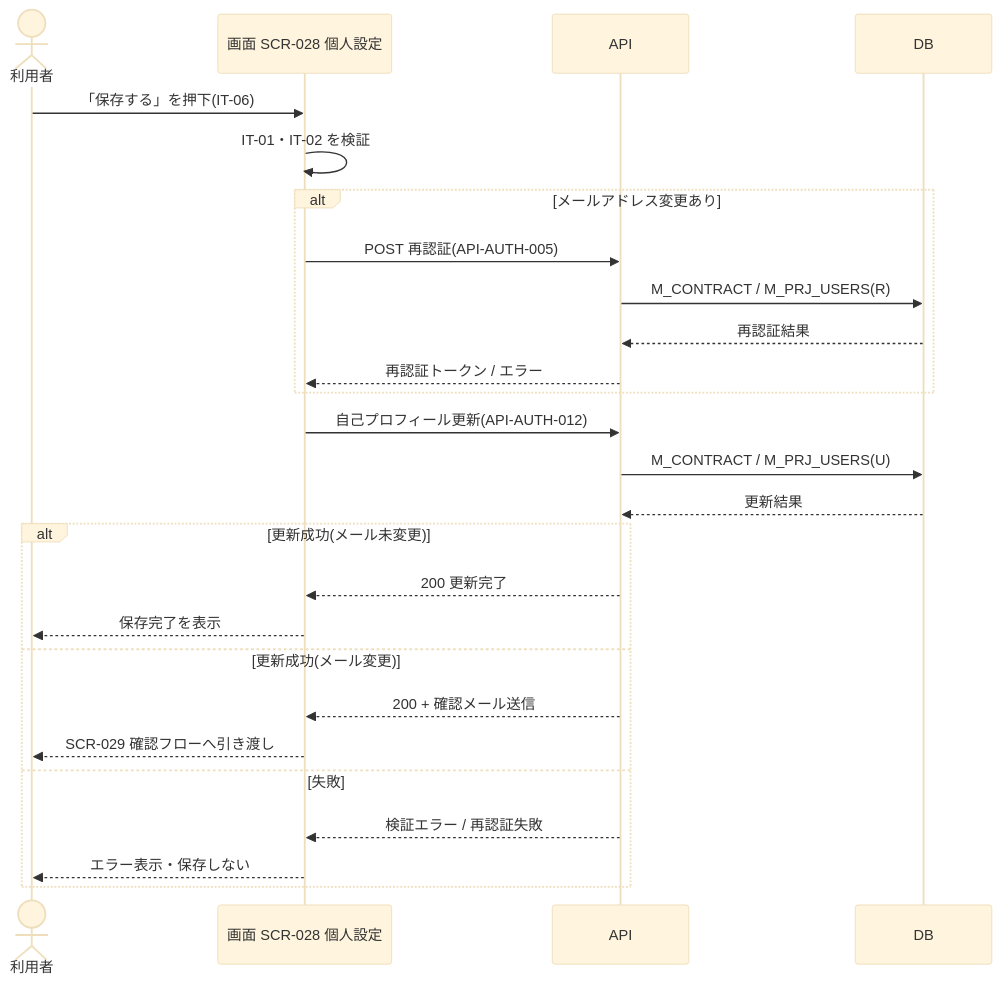
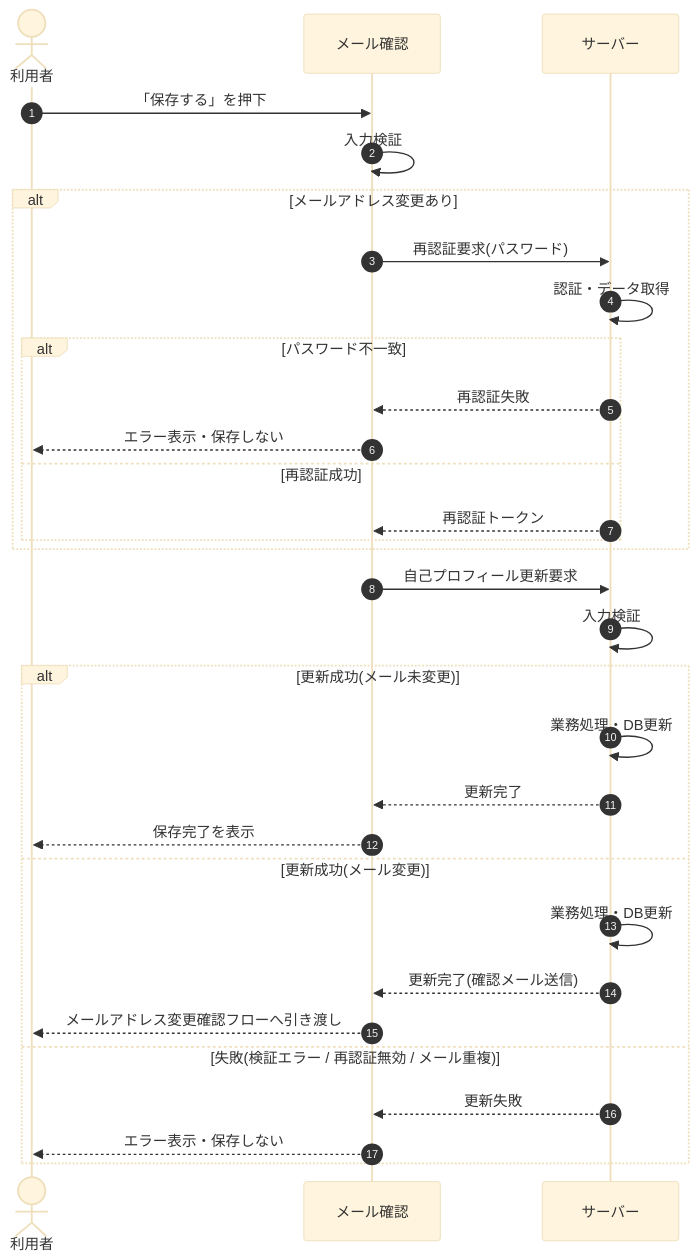
The diagram in 02_basic_design/05_sequences/SEQ-071.md (sikakou54/open-faq), drawn with Mermaid (base theme) before and after one commit. The commit also changed other lines of this file and 108 other files, not shown here.

First line of the commit message:
基本設計: シーケンス図を基本設計粒度(ユーザー/画面/サーバー)へ再編成

````diff
--- a/02_basic_design/05_sequences/SEQ-071.md
+++ b/02_basic_design/05_sequences/SEQ-071.md
@@ -25,28 +32,33 @@
 ```mermaid
 sequenceDiagram
+  autonumber
   actor U as 利用者
-  participant S as 画面 SCR-028 個人設定
-  participant API as API
-  participant DB as DB
-  U->>S: 「保存する」を押下(IT-06)
-  S->>S: IT-01・IT-02 を検証
+  participant Screen as メール確認
+  participant Server as サーバー
+  U->>Screen: 「保存する」を押下
+  Screen->>Screen: 入力検証
   alt メールアドレス変更あり
-    S->>API: POST 再認証(API-AUTH-005)
-    API->>DB: M_CONTRACT / M_PRJ_USERS(R)
-    DB-->>API: 再認証結果
-    API-->>S: 再認証トークン / エラー
+    Screen->>Server: 再認証要求(パスワード)
+    Server->>Server: 認証・データ取得
+    alt パスワード不一致
+      Server-->>Screen: 再認証失敗
+      Screen-->>U: エラー表示・保存しない
+    else 再認証成功
+      Server-->>Screen: 再認証トークン
+    end
   end
-  S->>API: 自己プロフィール更新(API-AUTH-012)
-  API->>DB: M_CONTRACT / M_PRJ_USERS(U)
-  DB-->>API: 更新結果
+  Screen->>Server: 自己プロフィール更新要求
+  Server->>Server: 入力検証
   alt 更新成功(メール未変更)
-    API-->>S: 200 更新完了
-    S-->>U: 保存完了を表示
+    Server->>Server: 業務処理・DB更新
+    Server-->>Screen: 更新完了
+    Screen-->>U: 保存完了を表示
   else 更新成功(メール変更)
-    API-->>S: 200 + 確認メール送信
-    S-->>U: SCR-029 確認フローへ引き渡し
-  else 失敗
-    API-->>S: 検証エラー / 再認証失敗
-    S-->>U: エラー表示・保存しない
+    Server->>Server: 業務処理・DB更新
+    Server-->>Screen: 更新完了(確認メール送信)
+    Screen-->>U: メールアドレス変更確認フローへ引き渡し
+  else 失敗(検証エラー / 再認証無効 / メール重複)
+    Server-->>Screen: 更新失敗
+    Screen-->>U: エラー表示・保存しない
   end
 ```
````
